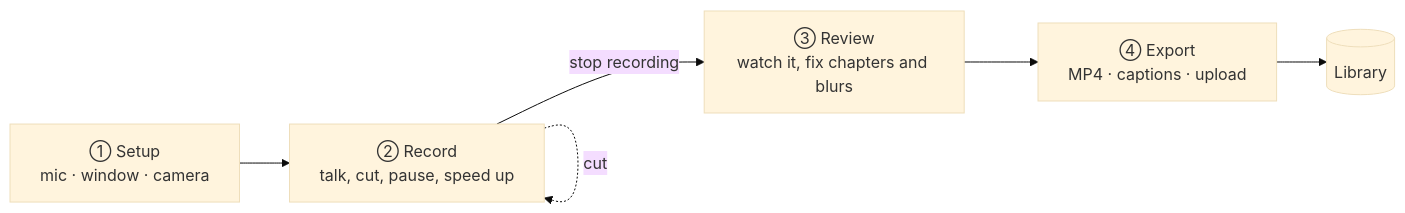
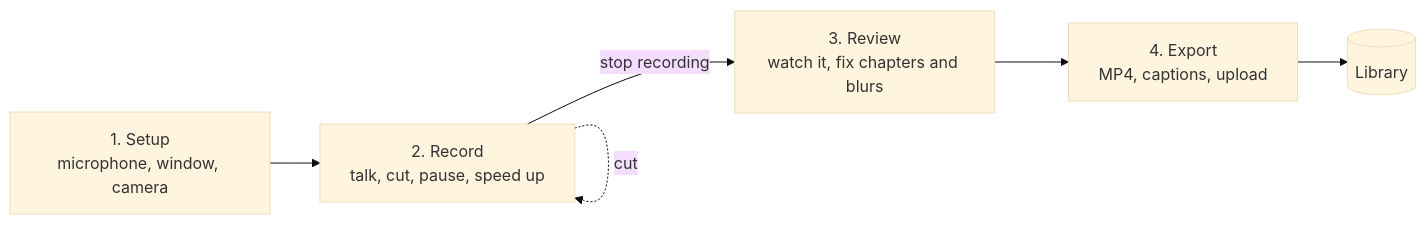
One commit to ScRocXx/Take1 changed the first of 6 diagrams in README.md. Above: the diagram before and after it, drawn with Mermaid (base theme). The commit also changed other lines of this file and 10 other files, not shown here.

````diff
--- a/README.md
+++ b/README.md
@@ -61,8 +95,8 @@
 ```mermaid
 flowchart LR
-    A["① Setup<br/>mic · window · camera"] --> B["② Record<br/>talk, cut, pause, speed up"]
-    B -->|"stop recording"| C["③ Review<br/>watch it, fix chapters and blurs"]
-    C --> D["④ Export<br/>MP4 · captions · upload"]
+    A["1. Setup<br/>microphone, window, camera"] --> B["2. Record<br/>talk, cut, pause, speed up"]
+    B -->|"stop recording"| C["3. Review<br/>watch it, fix chapters and blurs"]
+    C --> D["4. Export<br/>MP4, captions, upload"]
     D --> L[("Library")]
     B -. "cut" .-> B
 ```
````
